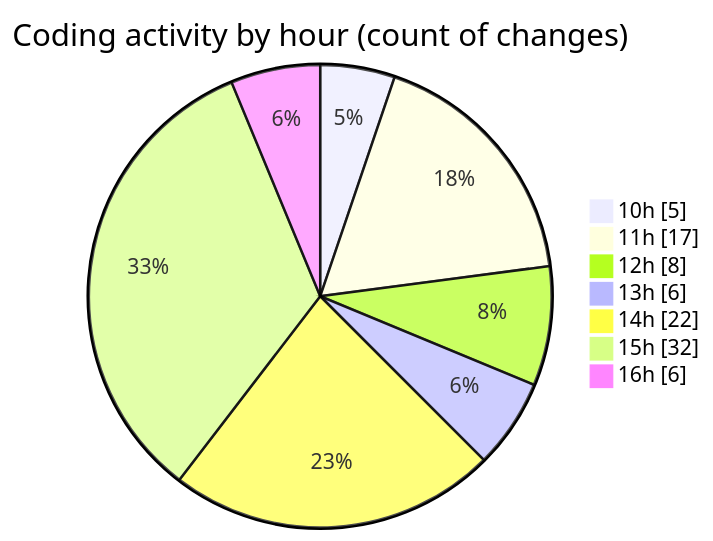
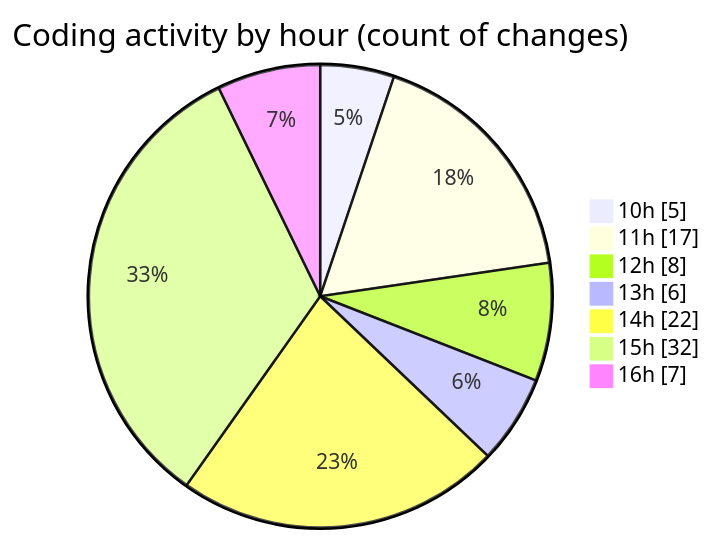
One commit to CELIANVF/code-tracking changed the second of 2 diagrams in 2025-05-05/ecodeli/README.md. Above: the diagram before and after it, drawn with Mermaid. The commit also changed other lines of this file and 1 other file, not shown here.

````diff
--- a/2025-05-05/ecodeli/README.md
+++ b/2025-05-05/ecodeli/README.md
@@ -68,11 +68,11 @@
 ```mermaid
 pie showData
 title Coding activity by hour (count of changes)
 "10h" : 5
 "11h" : 17
 "12h" : 8
 "13h" : 6
 "14h" : 22
 "15h" : 32
-"16h" : 6
+"16h" : 7
 ```
````
